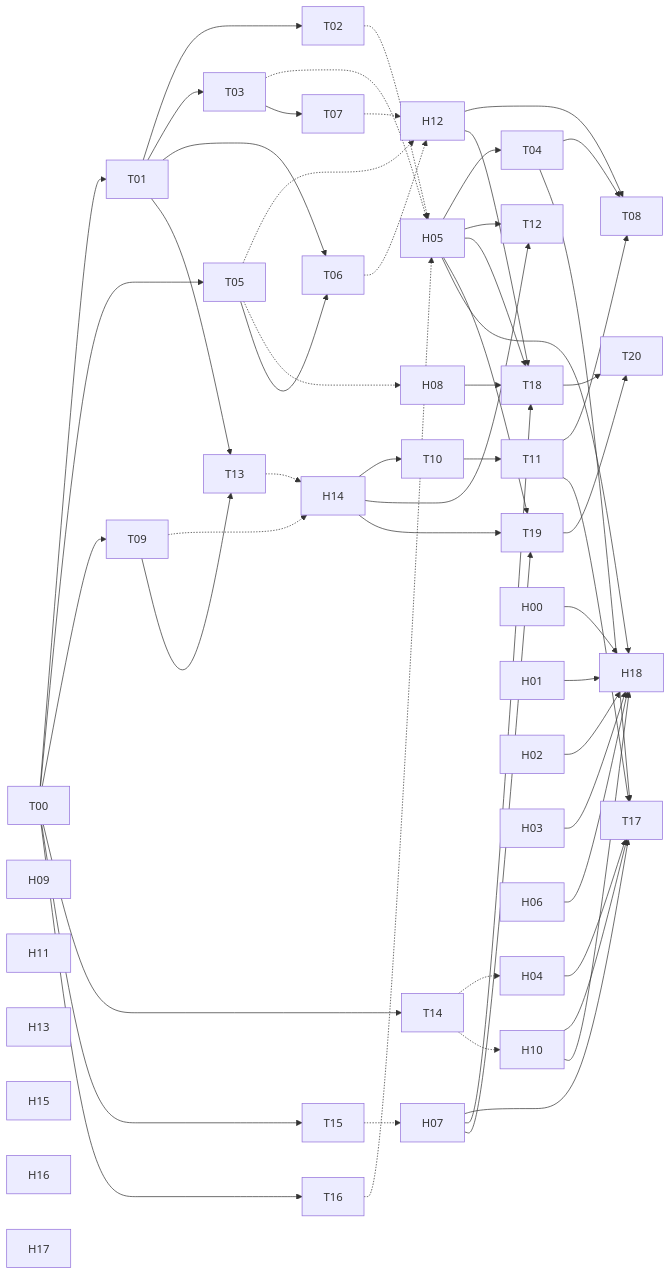
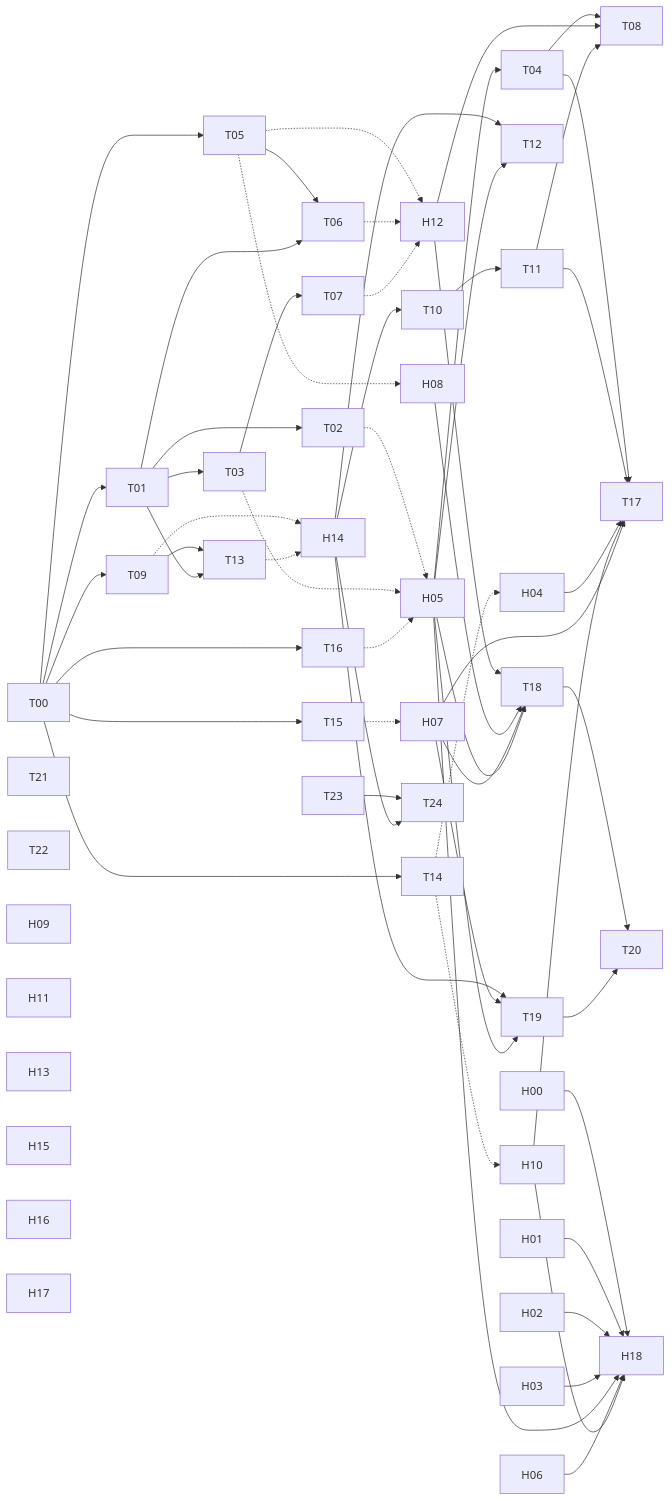
Before and after one commit to cuiyucheng0104-afk/beiming-engine: the diagram in docs/routes/work-breakdown.md, drawn with Mermaid. The commit also changed other lines of this file and 32 other files, not shown here.

````diff
--- a/docs/routes/work-breakdown.md
+++ b/docs/routes/work-breakdown.md
@@ -55,63 +55,67 @@
 ```mermaid
 flowchart LR
   T00 --> T01
   T01 --> T02
   T02 -.-> H05
   T01 --> T03
   T03 -.-> H05
   H05 --> T04
   T00 --> T05
   T05 -.-> H12
   T05 -.-> H08
   T05 --> T06
   T01 --> T06
   T06 -.-> H12
   T03 --> T07
   T07 -.-> H12
   T04 --> T08
   H12 --> T08
   T11 --> T08
   T00 --> T09
   T09 -.-> H14
   H14 --> T10
   T10 --> T11
   H14 --> T12
   H05 --> T12
   T09 --> T13
   T01 --> T13
   T13 -.-> H14
   T00 --> T14
   T14 -.-> H04
   T14 -.-> H10
   T00 --> T15
   T15 -.-> H07
   T00 --> T16
   T16 -.-> H05
   T04 --> T17
   T11 --> T17
   H04 --> T17
   H10 --> T17
   H07 --> T17
   H12 --> T18
   H08 --> T18
   H07 --> T18
   H05 --> T18
   H14 --> T19
   H07 --> T19
   H05 --> T19
   T18 --> T20
   T19 --> T20
+  T23 --> T24
+  H14 --> T24
   H00 --> H18
   H01 --> H18
   H02 --> H18
   H03 --> H18
   H05 --> H18
   H06 --> H18
   H10 --> H18
+  T21
+  T22
   H09
   H11
   H13
   H15
   H16
   H17
 ```
````
